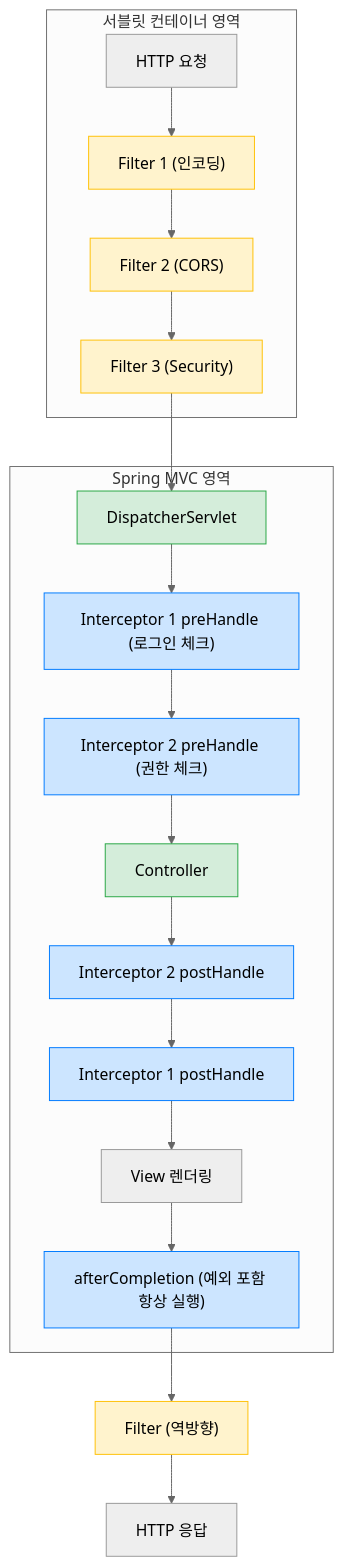
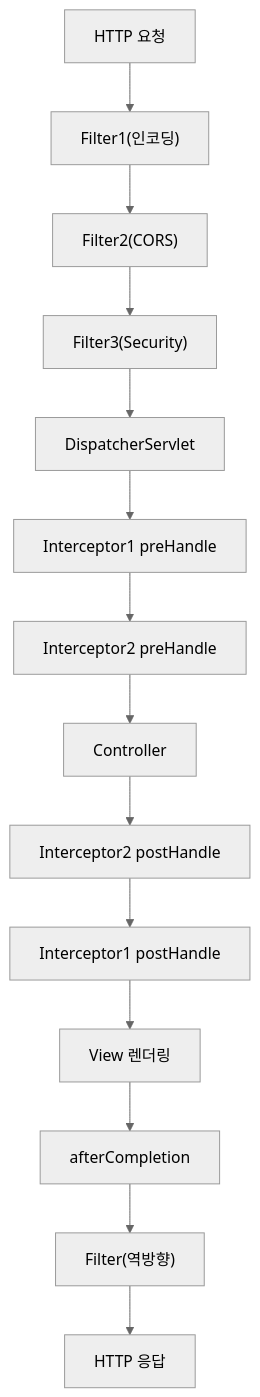
Before and after one commit to yjkim2015/yjkim2015.github.io: the seventh of 14 diagrams in _posts/spring/2026-05-02-spring-mvc-deep.md, drawn with Mermaid (neutral theme). The commit also changed other lines of this file and 215 other files, not shown here.

First line of the commit message:
신규 포스트 10개 추가 + Mermaid 전면 축소 + SystemDesign 시리즈 보강

````diff
--- a/_posts/spring/2026-05-02-spring-mvc-deep.md
+++ b/_posts/spring/2026-05-02-spring-mvc-deep.md
@@ -485,29 +425,8 @@
 ```mermaid
 graph TD
-    subgraph "서블릿 컨테이너 영역"
-        A["HTTP 요청"] --> B["Filter 1 (인코딩)"]
-        B --> C["Filter 2 (CORS)"]
-        C --> D["Filter 3 (Security)"]
-    end
-
-    subgraph "Spring MVC 영역"
-        D --> E["DispatcherServlet"]
-        E --> F["Interceptor 1 preHandle (로그인 체크)"]
-        F --> G["Interceptor 2 preHandle (권한 체크)"]
-        G --> H["Controller"]
-        H --> I["Interceptor 2 postHandle"]
-        I --> J["Interceptor 1 postHandle"]
-        J --> K["View 렌더링"]
-        K --> L["afterCompletion (예외 포함 항상 실행)"]
-    end
-
-    L --> M["Filter (역방향)"]
-    M --> N["HTTP 응답"]
-
-    classDef filter fill:#fff3cd,stroke:#ffc107
-    classDef interceptor fill:#cce5ff,stroke:#007bff
-    classDef spring fill:#d4edda,stroke:#28a745
-    class B,C,D,M filter
-    class F,G,I,J,L interceptor
-    class E,H spring
+    A["HTTP 요청"] --> B["Filter1(인코딩)"] --> C["Filter2(CORS)"] --> D["Filter3(Security)"]
+    D --> E["DispatcherServlet"]
+    E --> F["Interceptor1 preHandle"] --> G["Interceptor2 preHandle"] --> H["Controller"]
+    H --> I["Interceptor2 postHandle"] --> J["Interceptor1 postHandle"] --> K["View 렌더링"]
+    K --> L["afterCompletion"] --> M["Filter(역방향)"] --> N["HTTP 응답"]
 ```
````
